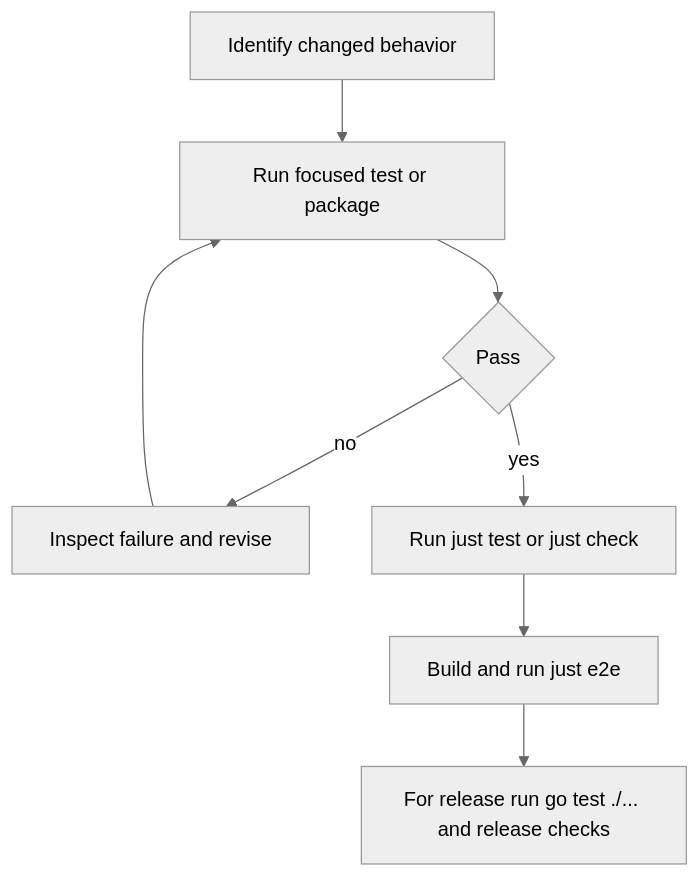
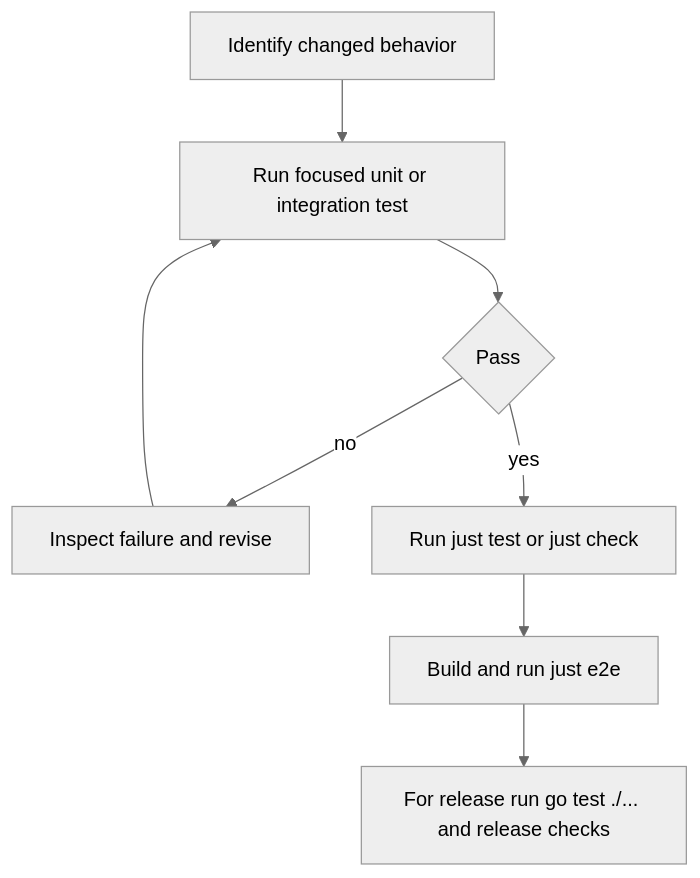
One commit to nicksenap/grove changed the first of 2 diagrams in openwiki/testing.md. Above: the diagram before and after it, drawn with Mermaid (neutral theme). The commit also changed other lines of this file and 19 other files, not shown here.

````diff
--- a/openwiki/testing.md
+++ b/openwiki/testing.md
@@ -55,10 +37,10 @@
 ```mermaid
 flowchart TD
-    changed["Identify changed behavior"] --> focused["Run focused test or package"]
+    changed["Identify changed behavior"] --> focused["Run focused unit or integration test"]
     focused --> pass1{"Pass"}
     pass1 -->|"no"| fix["Inspect failure and revise"]
     fix --> focused
     pass1 -->|"yes"| packages["Run just test or just check"]
     packages --> e2e["Build and run just e2e"]
     e2e --> release["For release run go test ./... and release checks"]
 ```
````
